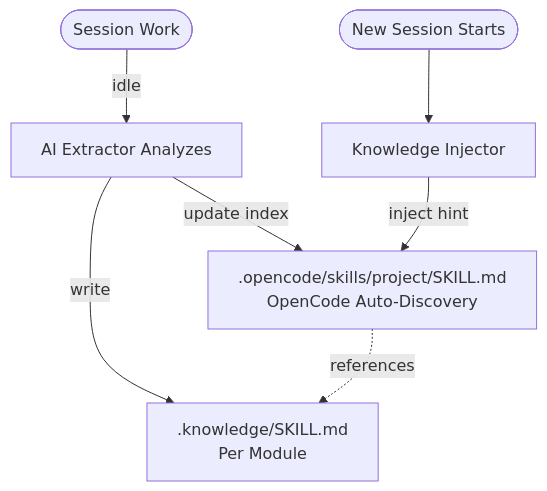
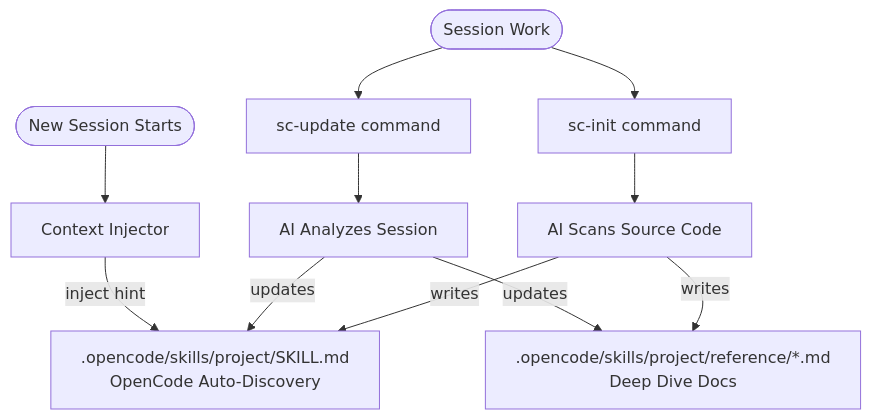
One commit to cxOrz/smart-codebase changed the diagram in README.md. Above: the diagram before and after it, drawn with Mermaid. The commit also changed other lines of this file and 38 other files, not shown here.

````diff
--- a/README.md
+++ b/README.md
@@ -23,17 +23,24 @@
 ```mermaid
 graph TB
     Start([Session Work])
-    Extractor[AI Extractor Analyzes]
-    SkillFile[.knowledge/SKILL.md<br/>Per Module]
-    ProjectSkill[.opencode/skills/project/SKILL.md<br/>OpenCode Auto-Discovery]
+    Init[sc-init command]
+    Update[sc-update command]
+    InitAgent[AI Scans Source Code]
+    UpdateAgent[AI Analyzes Session]
+    SkillFile[.opencode/skills/project/SKILL.md<br/>OpenCode Auto-Discovery]
+    RefFiles[.opencode/skills/project/reference/*.md<br/>Deep Dive Docs]
     NewSession([New Session Starts])
-    Injector[Knowledge Injector]
+    Injector[Context Injector]
     
-    Start -->|idle| Extractor
-    Extractor -->|write| SkillFile
-    Extractor -->|update index| ProjectSkill
+    Start --> Init
+    Start --> Update
+    Init --> InitAgent
+    Update --> UpdateAgent
+    InitAgent -->|writes| SkillFile
+    InitAgent -->|writes| RefFiles
+    UpdateAgent -->|updates| SkillFile
+    UpdateAgent -->|updates| RefFiles
     
     NewSession --> Injector
-    Injector -->|inject hint| ProjectSkill
-    ProjectSkill -.->|references| SkillFile
+    Injector -->|inject hint| SkillFile
 ```
````
